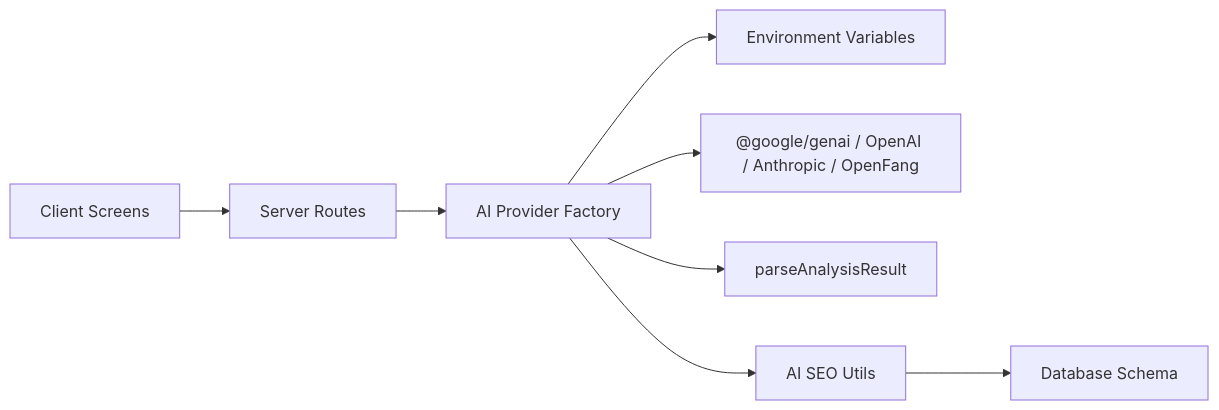
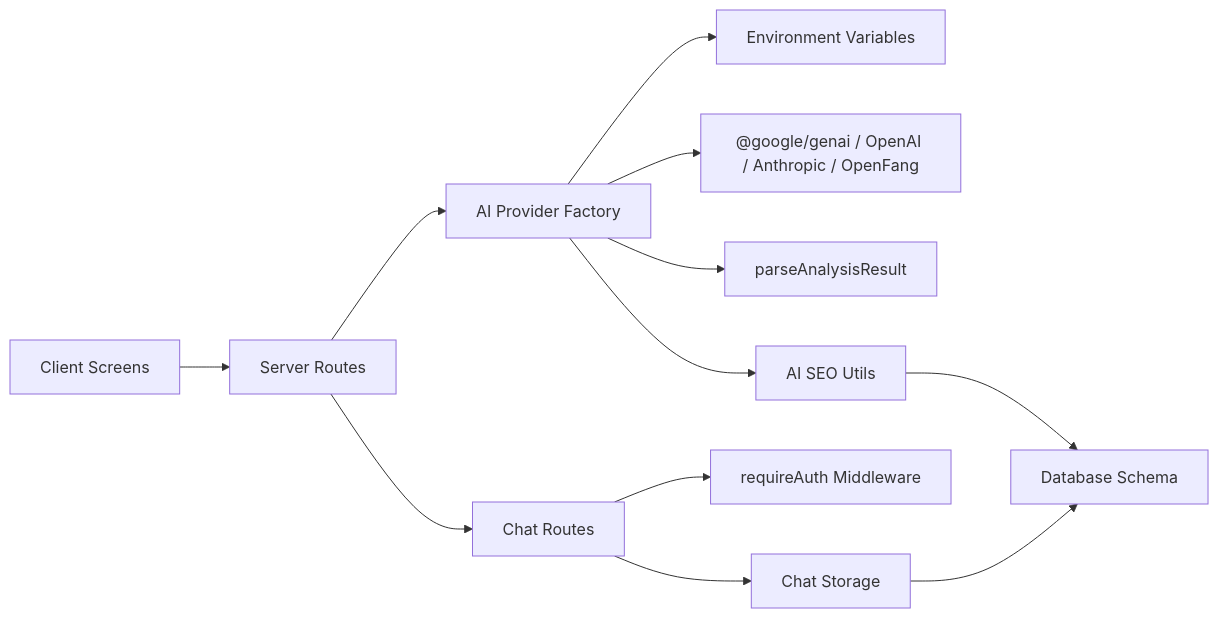
Before and after one commit to hunglevi87/Hidden-Gem: diagram 15 of 15 in .qoder/repowiki/en/content/AI Integration/AI Provider System.md, drawn with Mermaid. The commit also changed other lines of this file and 14 other files, not shown here.

````diff
--- a/.qoder/repowiki/en/content/AI Integration/AI Provider System.md
+++ b/.qoder/repowiki/en/content/AI Integration/AI Provider System.md
@@ -502,10 +608,14 @@
 ```mermaid
 graph LR
 Client["Client Screens"] --> Routes["Server Routes"]
 Routes --> Factory["AI Provider Factory"]
+Routes --> ChatRoutes["Chat Routes"]
 Factory --> Env["Environment Variables"]
 Factory --> Providers["@google/genai / OpenAI / Anthropic / OpenFang"]
 Factory --> Parser["parseAnalysisResult"]
-SEO["AI SEO Utils"] --> Schema["Database Schema"]
+ChatRoutes --> Auth["requireAuth Middleware"]
+ChatRoutes --> ChatStorage["Chat Storage"]
+ChatStorage --> Schema["Database Schema"]
+SEO["AI SEO Utils"] --> Schema
 Factory --> SEO
 ```
````
